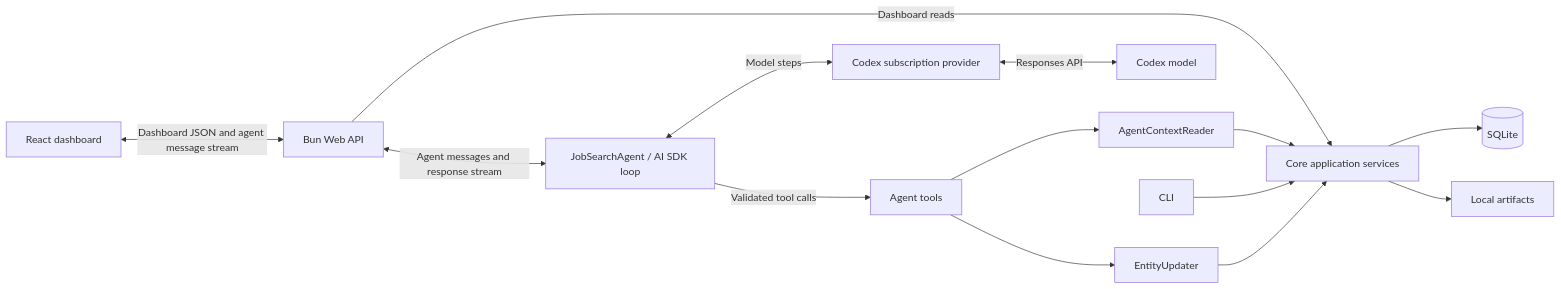
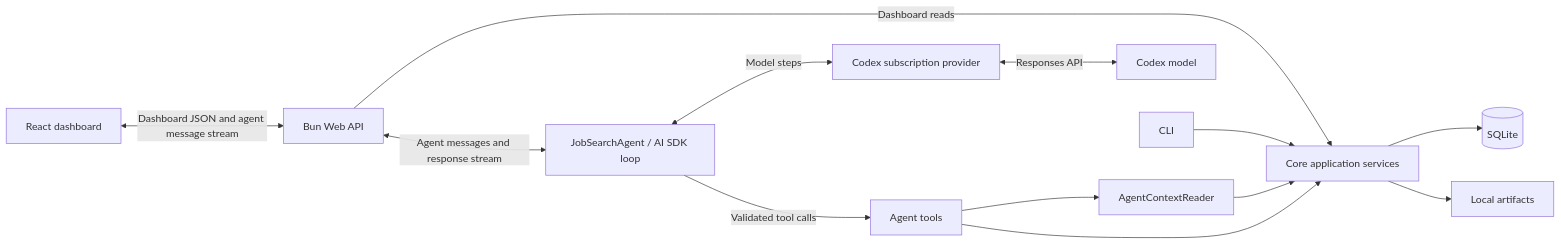
The diagram in docs/architecture/overview.md (paulmccallick/gig-finder), drawn with Mermaid before and after one commit. The commit also changed 16 other files, not shown here.

````diff
--- a/docs/architecture/overview.md
+++ b/docs/architecture/overview.md
@@ -5,16 +5,15 @@
 ```mermaid
 flowchart LR
   Dashboard[React dashboard] <-->|Dashboard JSON and agent message stream| API[Bun Web API]
   API -->|Dashboard reads| Core[Core application services]
   API <-->|Agent messages and response stream| Agent[JobSearchAgent / AI SDK loop]
   Agent <-->|Model steps| Provider[Codex subscription provider]
   Provider <-->|Responses API| Model[Codex model]
   Agent -->|Validated tool calls| Tools[Agent tools]
   Tools --> Reader[AgentContextReader]
-  Tools --> Writer[EntityUpdater]
+  Tools --> Core
   Reader --> Core
-  Writer --> Core
   CLI[CLI] --> Core
   Core --> SQLite[(SQLite)]
   Core --> Artifacts[Local artifacts]
 ```
````
